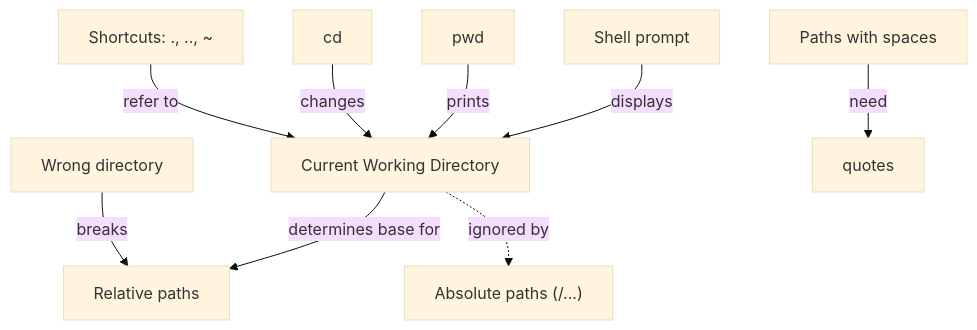
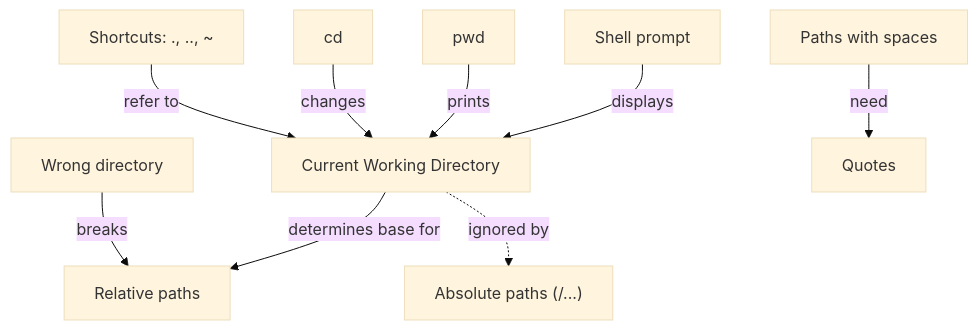
Before and after one commit to ISUgenomics/isu-commandline-intro-2025: the diagram in README.md, drawn with Mermaid (base theme). The commit also changed other lines of this file, not shown here.

````diff
--- a/README.md
+++ b/README.md
@@ -41,22 +45,22 @@
 ```mermaid
 graph TD
   CWD["Current Working Directory"]
   RelPaths["Relative paths"]
   AbsPaths["Absolute paths (/...)"]
   Prompt["Shell prompt"]
   PWD["pwd"]
   CD["cd <path>"]
   Shortcuts["Shortcuts: ., .., ~"]
   WrongDir["Wrong directory"]
   Spaces["Paths with spaces"]
-  Quotes["quotes"]
+  Quotes["Quotes"]
 
   CWD -->|determines base for| RelPaths
   CWD -. ignored by .-> AbsPaths
   Prompt -->|displays| CWD
   PWD -->|prints| CWD
   CD -->|changes| CWD
   Shortcuts -->|refer to| CWD
   WrongDir -->|breaks| RelPaths
   Spaces -->|need| Quotes
 ```
````
